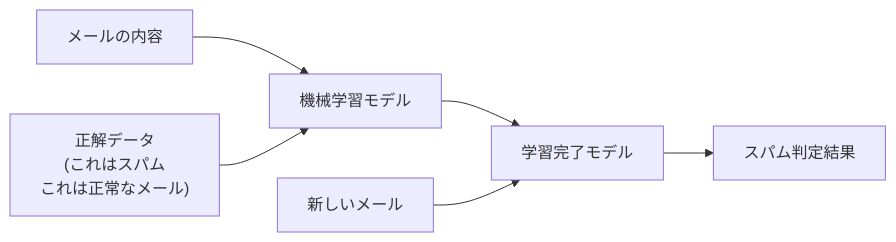
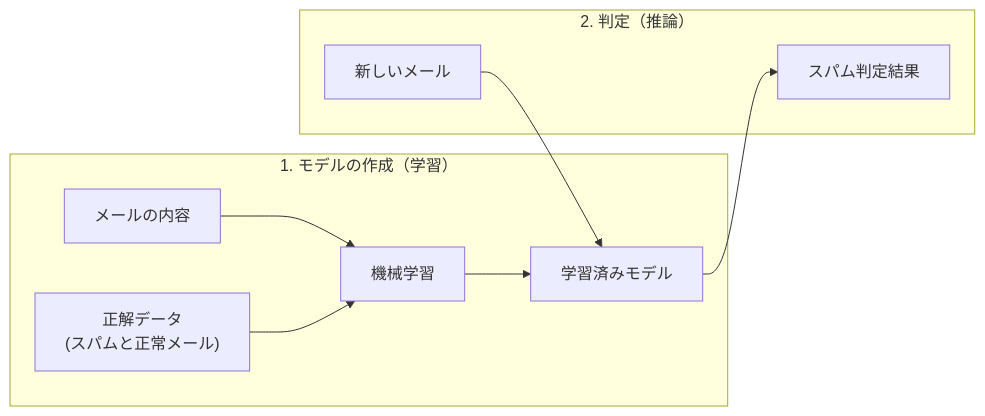
The diagram in book/pages/機械学習とは.md (cyber-freaks-jp/AI_Driven_Development_Course), drawn with Mermaid before and after one commit. The commit also changed 12 other files, not shown here.

````diff
--- a/book/pages/機械学習とは.md
+++ b/book/pages/機械学習とは.md
@@ -13,8 +13,13 @@
 ```mermaid
 graph LR
-    A[メールの内容] --> B[機械学習モデル]
-    C["正解データ<br/>(これはスパム<br/>これは正常なメール)"] --> B
-    B --> D[学習完了モデル]
-    E[新しいメール] --> D
-    D --> F[スパム判定結果]
+    subgraph 学習["1. モデルの作成（学習）"]
+        A[メールの内容] --> B[機械学習]
+        C["正解データ<br/>(スパムと正常メール)"] --> B
+        B --> D[学習済みモデル]
+    end
+
+    subgraph 推論["2. 判定（推論）"]
+        E[新しいメール] --> D
+        D --> F[スパム判定結果]
+    end
 ```
````
